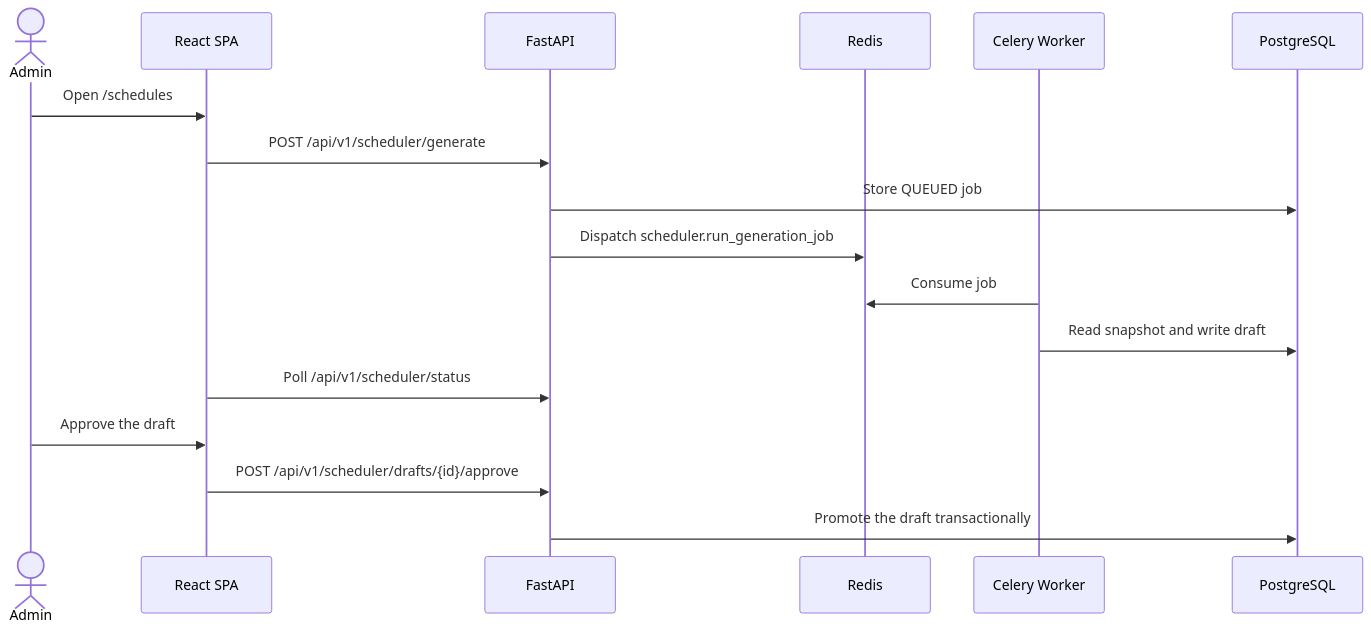
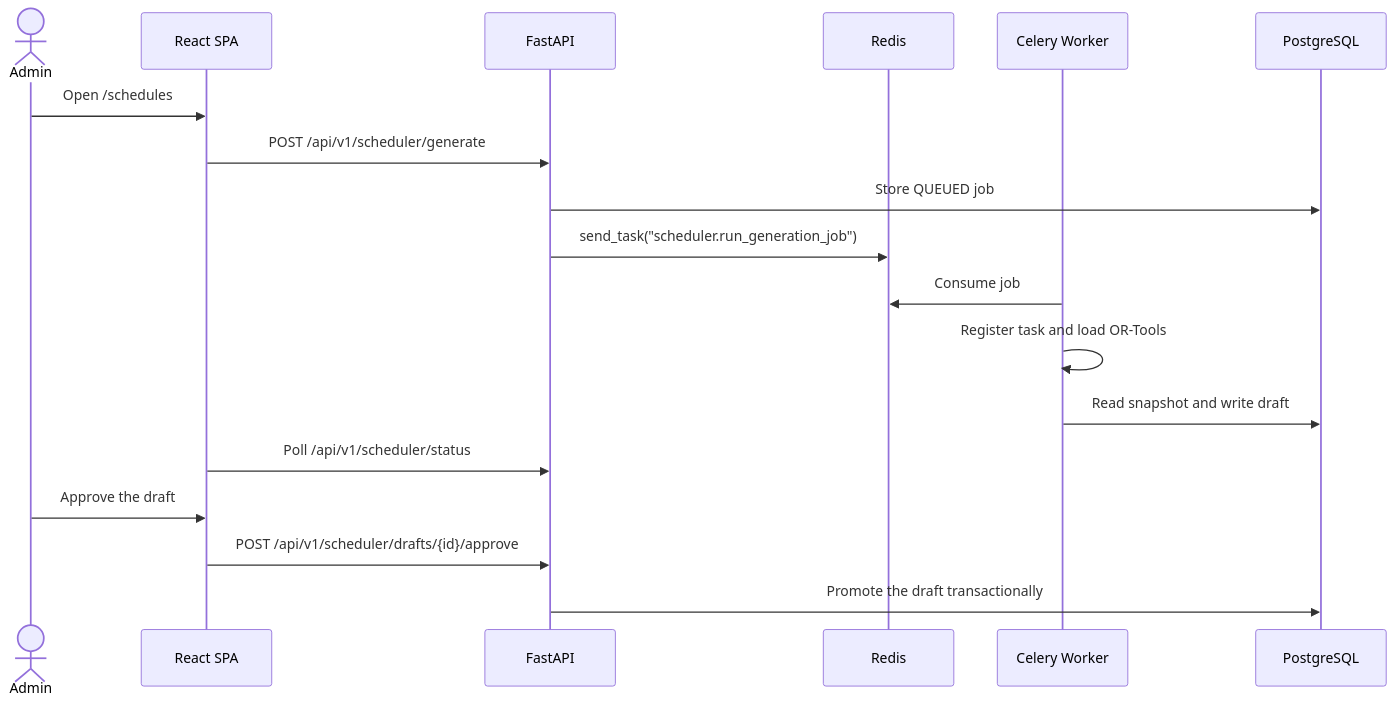
The diagram in documentation/00_getting_started/TECHNICAL_WALKTHROUGH.md (ORIOP25/Cronos), drawn with Mermaid before and after one commit. The commit also changed other lines of this file and 7 other files, not shown here.

Commit message:
docs: document scheduler dispatch boundary

````diff
--- a/documentation/00_getting_started/TECHNICAL_WALKTHROUGH.md
+++ b/documentation/00_getting_started/TECHNICAL_WALKTHROUGH.md
@@ -39,20 +42,21 @@
 ```mermaid
 sequenceDiagram
     actor Admin
     participant FE as React SPA
     participant API as FastAPI
     participant Redis
     participant Worker as Celery Worker
     participant DB as PostgreSQL
 
     Admin->>FE: Open /schedules
     FE->>API: POST /api/v1/scheduler/generate
     API->>DB: Store QUEUED job
-    API->>Redis: Dispatch scheduler.run_generation_job
+    API->>Redis: send_task("scheduler.run_generation_job")
     Worker->>Redis: Consume job
+    Worker->>Worker: Register task and load OR-Tools
     Worker->>DB: Read snapshot and write draft
     FE->>API: Poll /api/v1/scheduler/status
     Admin->>FE: Approve the draft
     FE->>API: POST /api/v1/scheduler/drafts/{id}/approve
     API->>DB: Promote the draft transactionally
 ```
````
